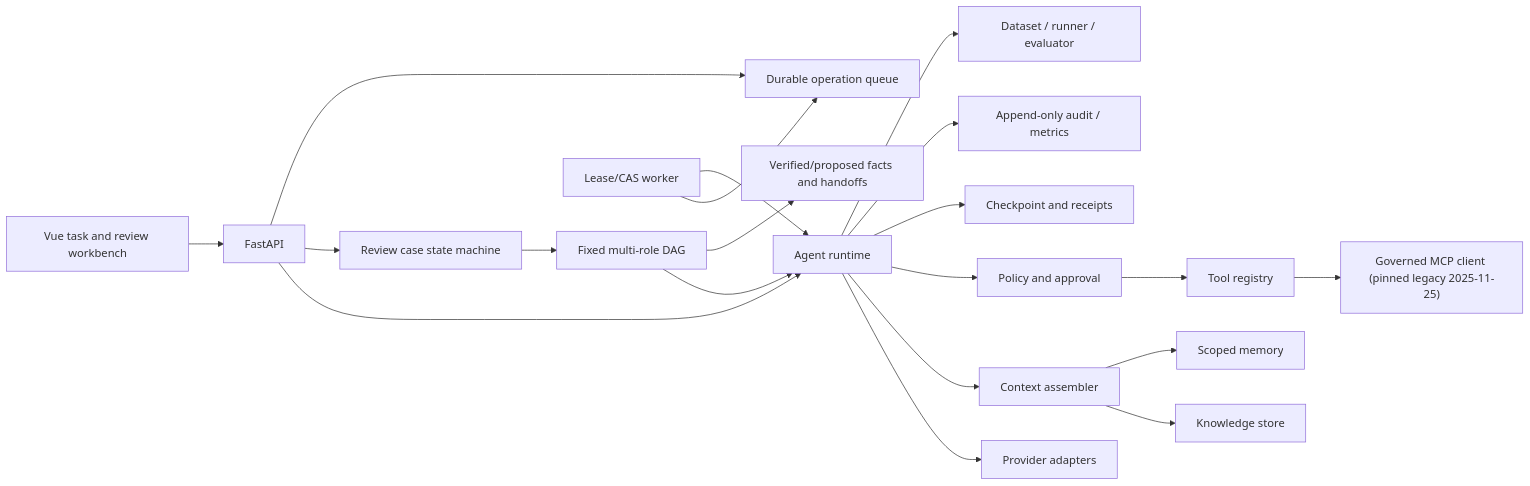
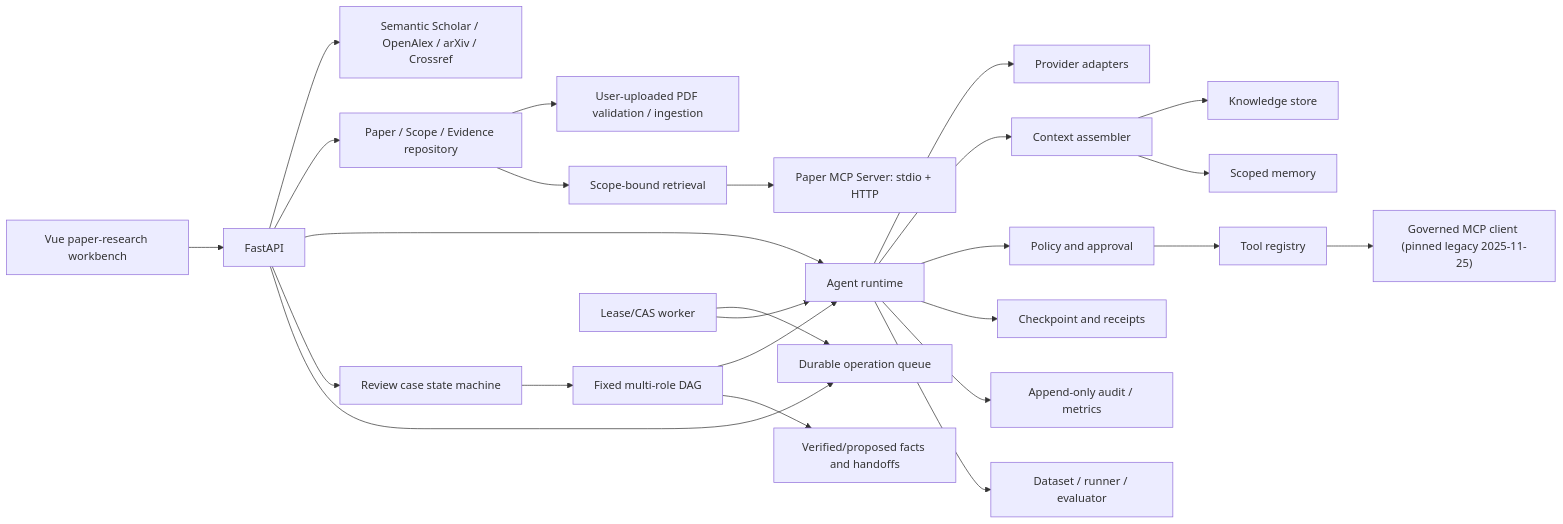
One commit to wtl003629-dev/TaskForge changed the second of 2 diagrams in docs/ARCHITECTURE.md. Above: the diagram before and after it, drawn with Mermaid. The commit also changed other lines of this file and 401 other files, not shown here.

Commit message:
feat: add paper research agent and retrieval evaluation stack

````diff
--- a/docs/ARCHITECTURE.md
+++ b/docs/ARCHITECTURE.md
@@ -22,22 +45,27 @@
 ```mermaid
 flowchart LR
-    UI["Vue task and review workbench"] --> API["FastAPI"]
+    UI["Vue paper-research workbench"] --> API["FastAPI"]
+    API --> DISCOVERY["Semantic Scholar / OpenAlex / arXiv / Crossref"]
+    API --> LIT["Paper / Scope / Evidence repository"]
+    LIT --> INGEST["User-uploaded PDF validation / ingestion"]
+    LIT --> EVIDENCE["Scope-bound retrieval"]
+    EVIDENCE --> MCP_SERVER["Paper MCP Server: stdio + HTTP"]
     API --> RUNTIME["Agent runtime"]
     API --> CASES["Review case state machine"]
     CASES --> ORCH["Fixed multi-role DAG"]
     ORCH --> RUNTIME
     API --> QUEUE["Durable operation queue"]
     WORKER["Lease/CAS worker"] --> QUEUE
     WORKER --> RUNTIME
     RUNTIME --> PROVIDER["Provider adapters"]
     RUNTIME --> CONTEXT["Context assembler"]
     CONTEXT --> RAG["Knowledge store"]
     CONTEXT --> MEMORY["Scoped memory"]
     ORCH --> FACTS["Verified/proposed facts and handoffs"]
     RUNTIME --> POLICY["Policy and approval"]
     POLICY --> TOOLS["Tool registry"]
     TOOLS --> MCP["Governed MCP client (pinned legacy 2025-11-25)"]
     RUNTIME --> STORE["Checkpoint and receipts"]
     RUNTIME --> OPS["Append-only audit / metrics"]
     RUNTIME --> EVAL["Dataset / runner / evaluator"]
 ```
````
